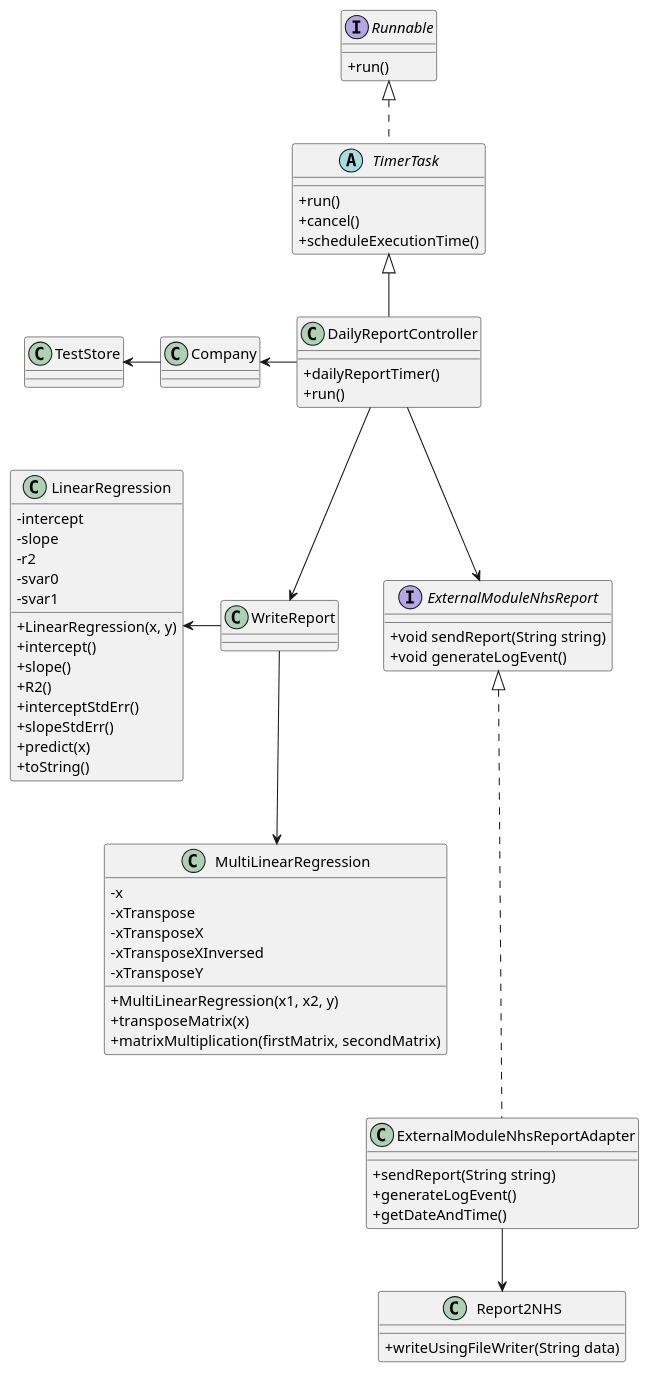
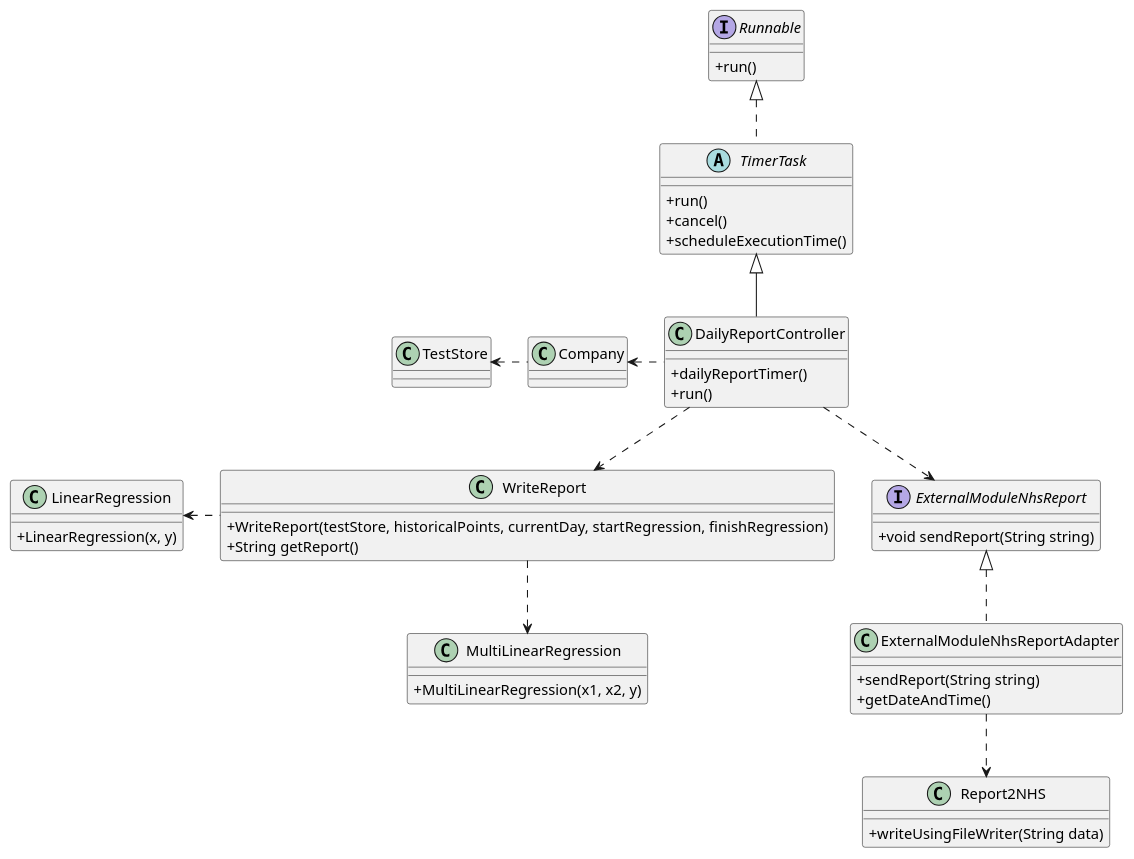
The diagram in docs/SprintD/US19/US19_CD.puml (MadDinosaur/ISEP-LAPR2), drawn with PlantUML before and after one commit. The commit also changed 13 other files, not shown here.

Commit message:
US19 related updates. Updated US19's CD, SD, SSD. Created .puml files. Updated App.java, DailyReportController.java, ExternalModuleNhsReport.java and ExternalModuleNhsReportAdapter.java. Updated config.proprieties.

```diff
--- a/docs/SprintD/US19/US19_CD.puml
+++ b/docs/SprintD/US19/US19_CD.puml
@@ -1,81 +1,63 @@
 @startuml
 
 skinparam classAttributeIconSize 0
 
 class DailyReportController {
 +dailyReportTimer()
 +run()
 }
 
 class Company {
 }
 
 interface Runnable {
 +run()
 }
 
 abstract TimerTask {
 +run()
 +cancel()
 +scheduleExecutionTime()
 }
 
 class LinearRegression {
--intercept
--slope
--r2
--svar0
--svar1
 +LinearRegression(x, y)
-+intercept()
-+slope()
-+R2()
-+interceptStdErr()
-+slopeStdErr()
-+predict(x)
-+toString()
 }
 
 class MultiLinearRegression {
--x
--xTranspose
--xTransposeX
--xTransposeXInversed
--xTransposeY
 +MultiLinearRegression(x1, x2, y)
-+transposeMatrix(x)
-+matrixMultiplication(firstMatrix, secondMatrix)
 }
 
 class TestStore {
 }
 
-class WriteReport
+class WriteReport {
++WriteReport(testStore, historicalPoints, currentDay, startRegression, finishRegression)
++String getReport()
+}
 
 interface ExternalModuleNhsReport {
 +void sendReport(String string)
-+void generateLogEvent()
 }
 
 class ExternalModuleNhsReportAdapter {
 +sendReport(String string)
-+generateLogEvent()
 +getDateAndTime()
 }
 
 class Report2NHS {
 +writeUsingFileWriter(String data)
 }
 
-DailyReportController --> ExternalModuleNhsReport
+DailyReportController ..> ExternalModuleNhsReport
 Runnable <|.. TimerTask
 TimerTask <|-- DailyReportController
-DailyReportController --> WriteReport
-Company <- DailyReportController
-TestStore <- Company
-ExternalModuleNhsReport <|... ExternalModuleNhsReportAdapter
-ExternalModuleNhsReportAdapter --> Report2NHS
-LinearRegression <- WriteReport
-WriteReport --> MultiLinearRegression
+DailyReportController ..> WriteReport
+Company <. DailyReportController
+TestStore <. Company
+ExternalModuleNhsReport <|.. ExternalModuleNhsReportAdapter
+ExternalModuleNhsReportAdapter ..> Report2NHS
+LinearRegression <. WriteReport
+WriteReport ..> MultiLinearRegression
 
 @enduml
```
